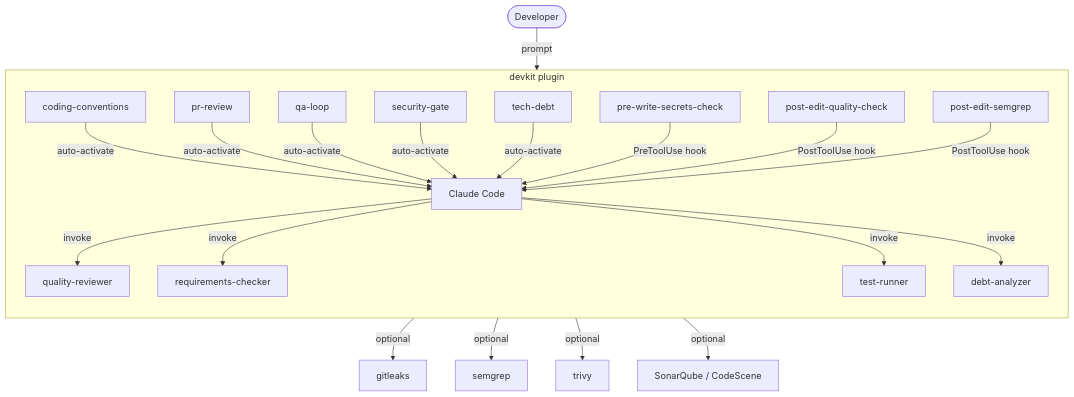
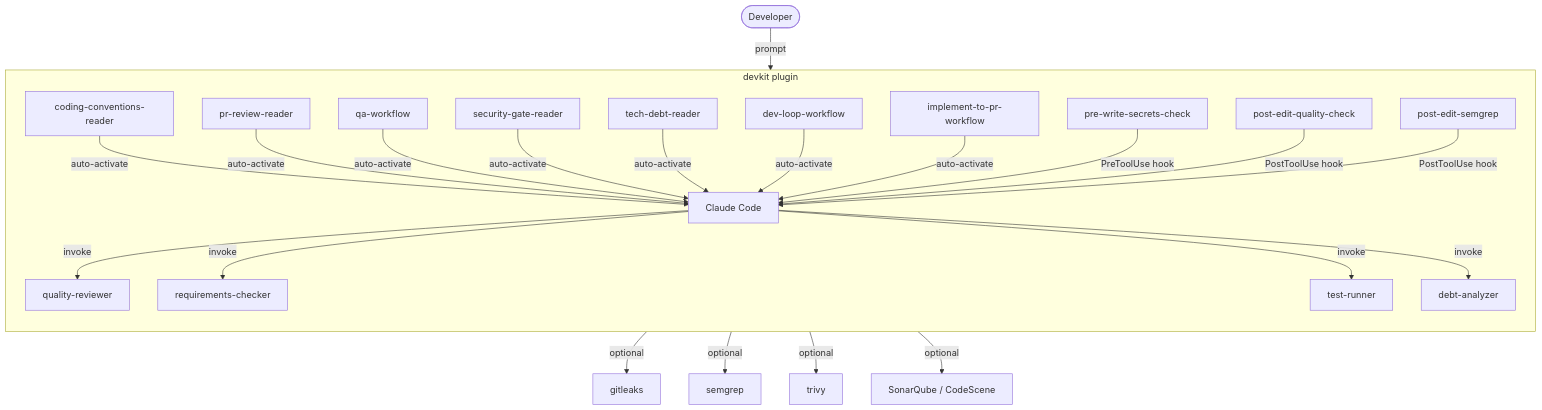
The diagram in README.md (3eer/devkit), drawn with Mermaid before and after one commit. The commit also changed other lines of this file and 32 other files, not shown here.

First line of the commit message:
feat(devkit): integrate dev-loop-workflow and modernize harness to 2.6.0

````diff
--- a/README.md
+++ b/README.md
@@ -49,27 +52,29 @@
 ```mermaid
 flowchart TD
     User([Developer]) -->|prompt| CC[Claude Code]
 
     subgraph devkit["devkit plugin"]
         direction TB
-        S1[coding-conventions] -->|auto-activate| CC
-        S2[pr-review] -->|auto-activate| CC
-        S3[qa-loop] -->|auto-activate| CC
-        S4[security-gate] -->|auto-activate| CC
-        S5[tech-debt] -->|auto-activate| CC
+        S1[coding-conventions-reader] -->|auto-activate| CC
+        S2[pr-review-reader] -->|auto-activate| CC
+        S3[qa-workflow] -->|auto-activate| CC
+        S4[security-gate-reader] -->|auto-activate| CC
+        S5[tech-debt-reader] -->|auto-activate| CC
+        S6[dev-loop-workflow] -->|auto-activate| CC
+        S7[implement-to-pr-workflow] -->|auto-activate| CC
 
         H1[pre-write-secrets-check] -->|PreToolUse hook| CC
         H2[post-edit-quality-check] -->|PostToolUse hook| CC
         H3[post-edit-semgrep] -->|PostToolUse hook| CC
 
         CC -->|invoke| A1[quality-reviewer]
         CC -->|invoke| A1b[requirements-checker]
         CC -->|invoke| A2[test-runner]
         CC -->|invoke| A3[debt-analyzer]
     end
 
     A2 -->|optional| EXT1[gitleaks]
     A2 -->|optional| EXT2[semgrep]
     A2 -->|optional| EXT3[trivy]
     A3 -->|optional| EXT4[SonarQube / CodeScene]
 ```
````
